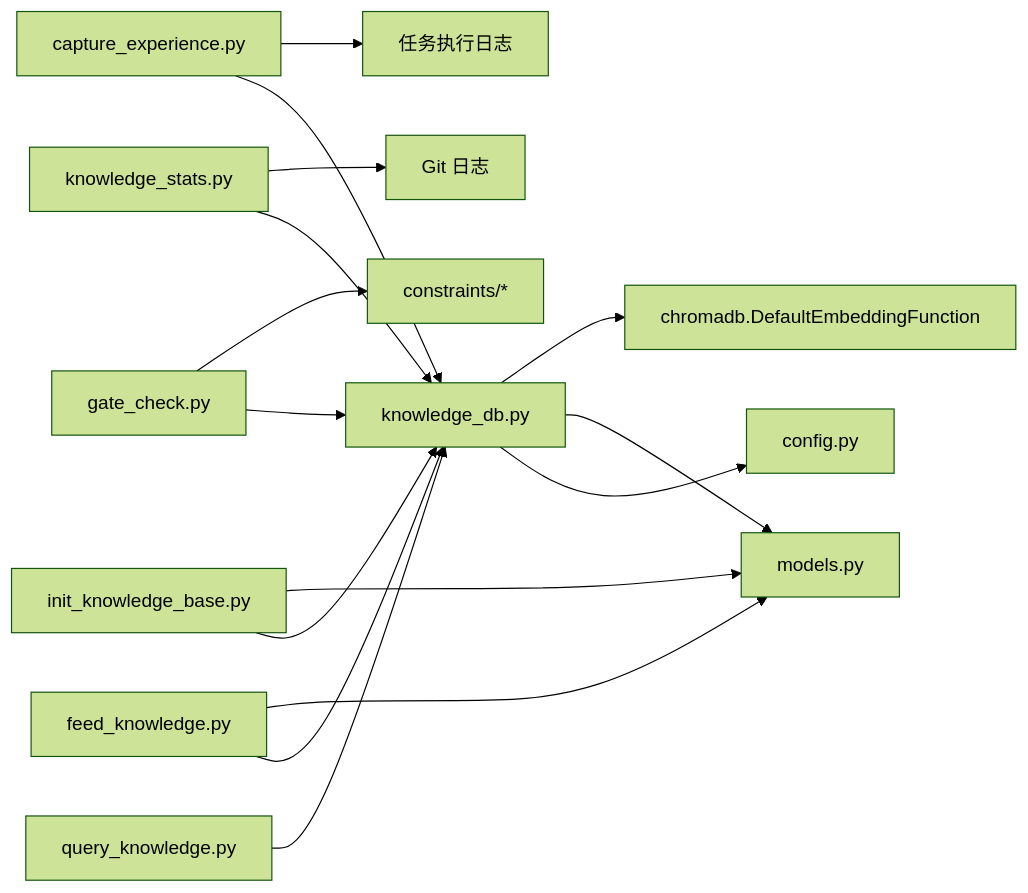
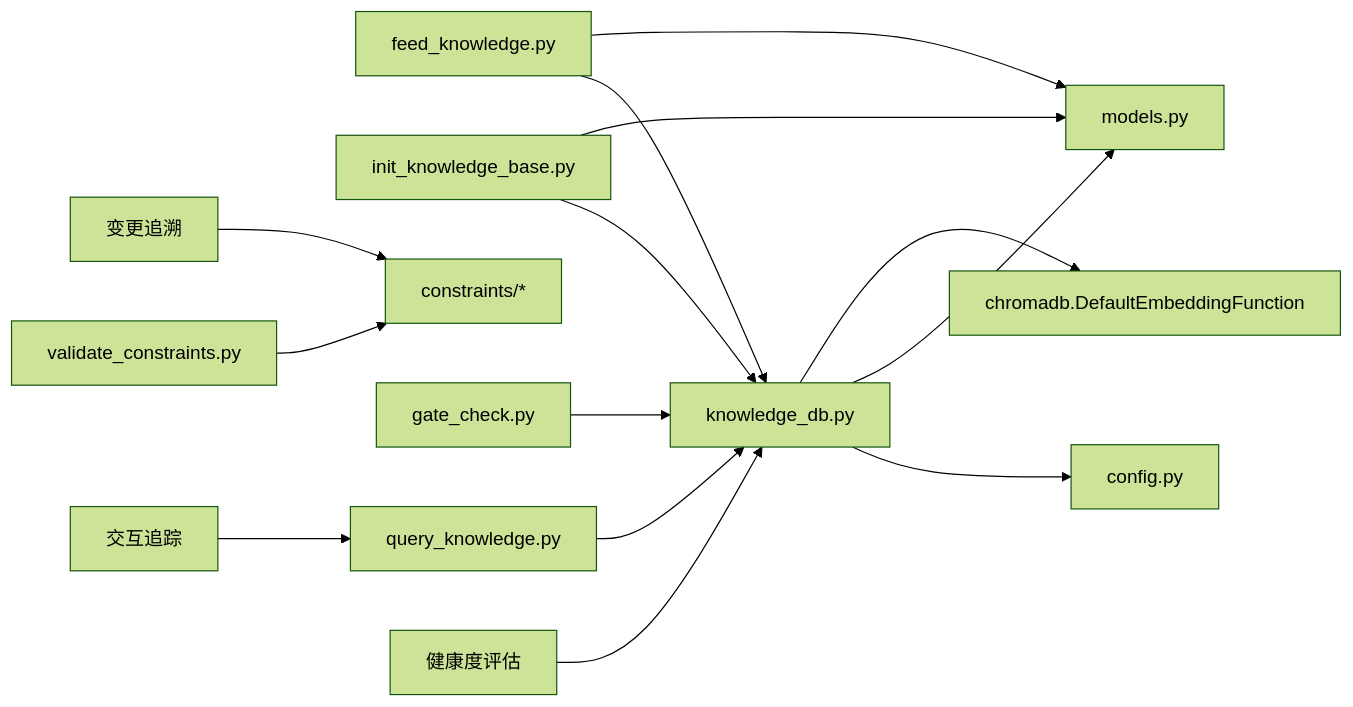
Before and after one commit to afcartevil/automated-test-script: diagram 11 of 11 in .qoder/repowiki/zh/content/知识库管理系统/知识库管理系统.md, drawn with Mermaid (forest theme). The commit also changed other lines of this file and 12 other files, not shown here.

````diff
--- a/.qoder/repowiki/zh/content/知识库管理系统/知识库管理系统.md
+++ b/.qoder/repowiki/zh/content/知识库管理系统/知识库管理系统.md
@@ -468,17 +542,16 @@
 ```mermaid
 graph LR
 FEED["feed_knowledge.py"] --> KDB["knowledge_db.py"]
 INIT["init_knowledge_base.py"] --> KDB
 QUERY["query_knowledge.py"] --> KDB
 GATE["gate_check.py"] --> KDB
-STATS["knowledge_stats.py"] --> KDB
-CAPTURE["capture_experience.py"] --> KDB
+VALIDATE["validate_constraints.py"] --> CONS["constraints/*"]
+HEALTH["健康度评估"] --> KDB
+TRACE["交互追踪"] --> QUERY
+HOOK["变更追溯"] --> CONS
 KDB --> CFG["config.py"]
 KDB --> MODELS["models.py"]
 KDB --> CHROMA["chromadb.DefaultEmbeddingFunction"]
 FEED --> MODELS
 INIT --> MODELS
-GATE --> CONS["constraints/*"]
-STATS --> GIT["Git 日志"]
-CAPTURE --> TASKLOG["任务执行日志"]
 ```
````
